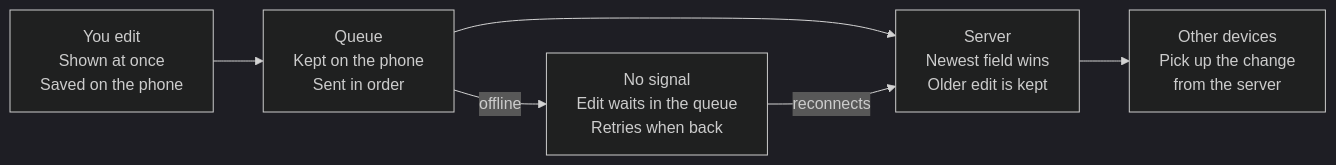
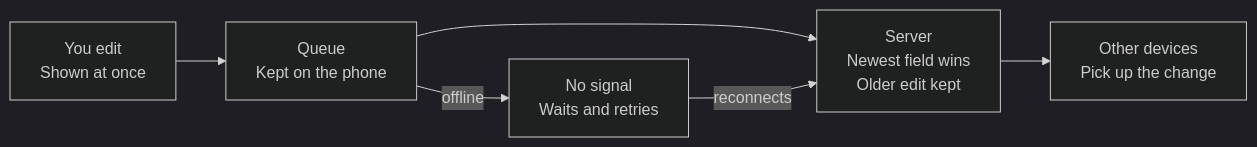
The second of 2 diagrams in docs/spec.md (wolpino/recipe-box), drawn with Mermaid (dark theme) before and after one commit. The commit also changed other lines of this file and 11 other files, not shown here.

````diff
--- a/docs/spec.md
+++ b/docs/spec.md
@@ -214,8 +217,8 @@
 ```mermaid
 flowchart LR
-  A["You edit<br/>Shown at once<br/>Saved on the phone"] --> B["Queue<br/>Kept on the phone<br/>Sent in order"]
-  B --> C["Server<br/>Newest field wins<br/>Older edit is kept"]
-  C --> D["Other devices<br/>Pick up the change<br/>from the server"]
-  B -- offline --> E["No signal<br/>Edit waits in the queue<br/>Retries when back"]
+  A["You edit<br/>Shown at once"] --> B["Queue<br/>Kept on the phone"]
+  B --> C["Server<br/>Newest field wins<br/>Older edit kept"]
+  C --> D["Other devices<br/>Pick up the change"]
+  B -- offline --> E["No signal<br/>Waits and retries"]
   E -- reconnects --> C
 ```
````
